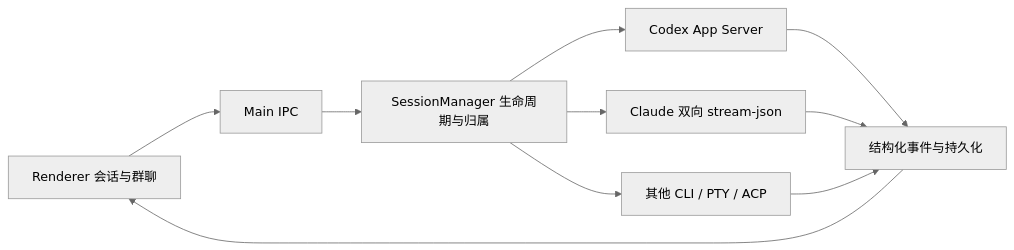
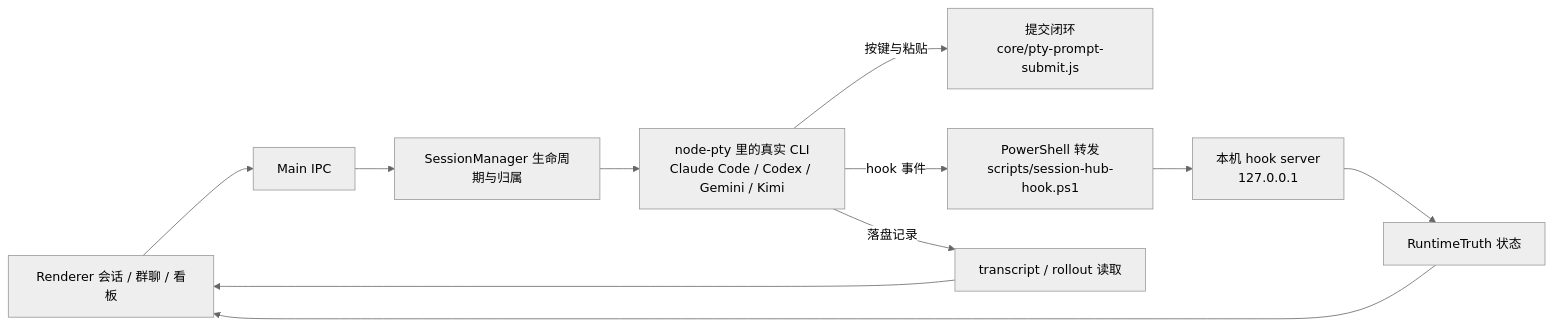
One commit to TianLin0509/ai-hub-community changed the diagram in docs/ARCHITECTURE.md. Above: the diagram before and after it, drawn with Mermaid (neutral theme). The commit also changed other lines of this file and 350 other files, not shown here.

````diff
--- a/docs/ARCHITECTURE.md
+++ b/docs/ARCHITECTURE.md
@@ -5,12 +5,13 @@
 ```mermaid
 flowchart LR
-  UI[Renderer 会话与群聊] --> IPC[Main IPC]
+  UI[Renderer 会话 / 群聊 / 看板] --> IPC[Main IPC]
   IPC --> SM[SessionManager 生命周期与归属]
-  SM --> C[Codex App Server]
-  SM --> A[Claude 双向 stream-json]
-  SM --> P[其他 CLI / PTY / ACP]
-  C --> T[结构化事件与持久化]
-  A --> T
-  P --> T
-  T --> UI
+  SM --> PTY[node-pty 里的真实 CLI<br/>Claude Code / Codex / Gemini / Kimi]
+  PTY -- 按键与粘贴 --> SUB[提交闭环<br/>core/pty-prompt-submit.js]
+  PTY -- hook 事件 --> RELAY[PowerShell 转发<br/>scripts/session-hub-hook.ps1]
+  RELAY --> HS[本机 hook server<br/>127.0.0.1]
+  HS --> RT[RuntimeTruth 状态]
+  PTY -- 落盘记录 --> TR[transcript / rollout 读取]
+  RT --> UI
+  TR --> UI
 ```
````
